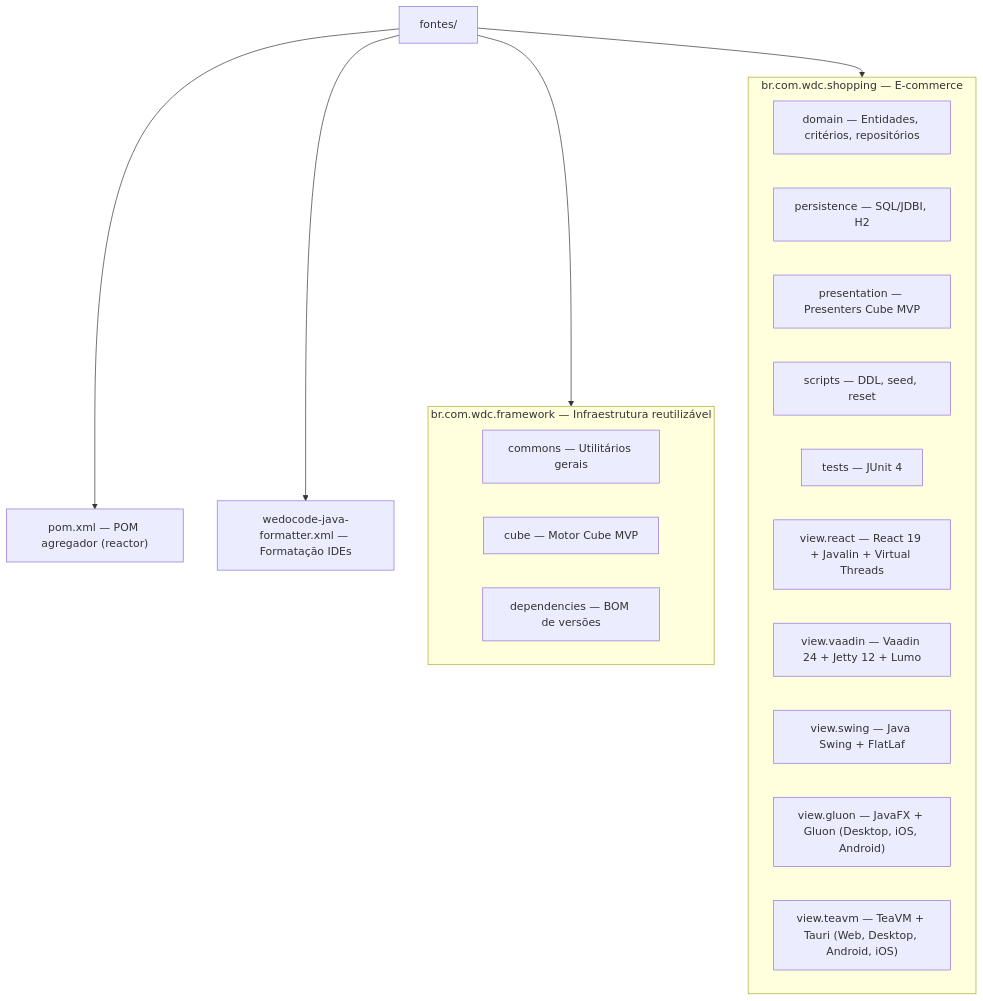
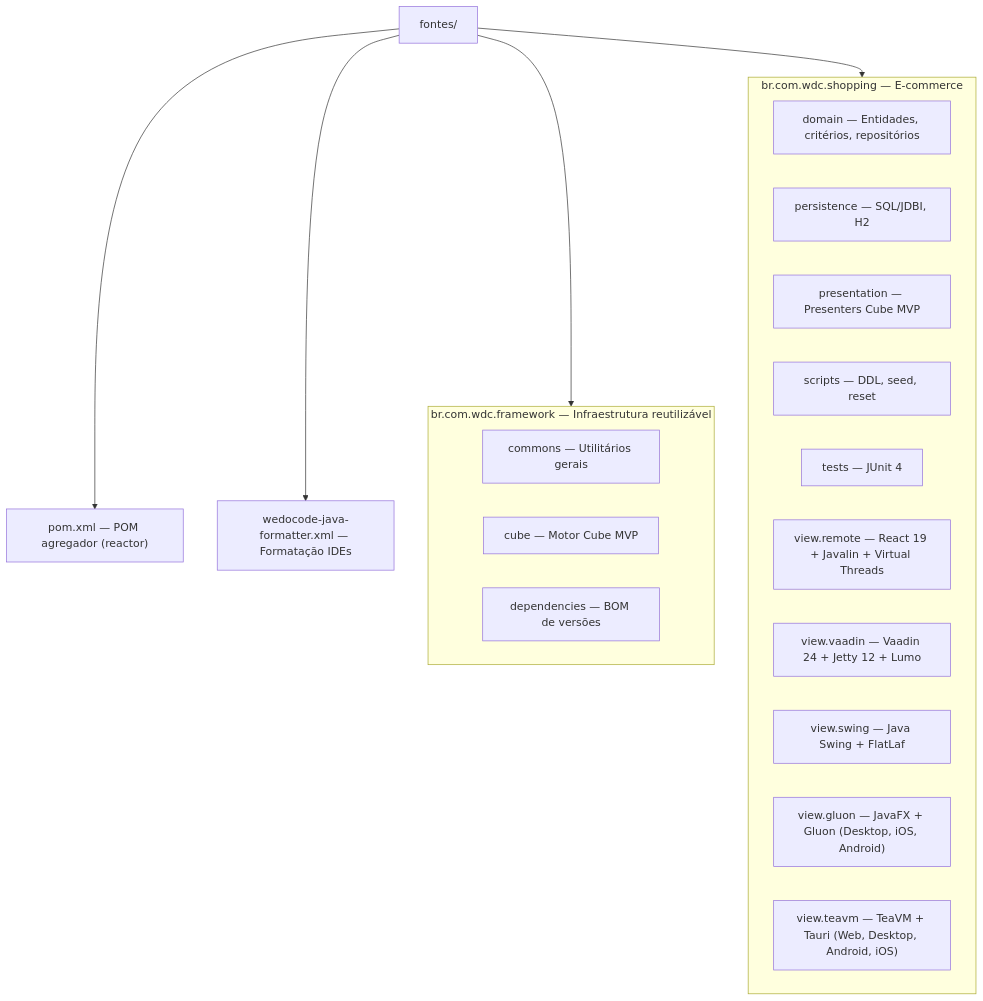
The diagram in fontes/README.md (mrcdom/wdc-cube-java-v2), drawn with Mermaid before and after one commit. The commit also changed other lines of this file and 87 other files, not shown here.

First line of the commit message:
♻️ [REFACTOR] Renomeia view.react → view.remote; react.skeleton → remote.skeleton; react.client → frontend.react

````diff
--- a/fontes/README.md
+++ b/fontes/README.md
@@ -9,30 +9,30 @@
 ```mermaid
 graph TD
     fontes["fontes/"]
     pom["pom.xml — POM agregador (reactor)"]
     formatter["wedocode-java-formatter.xml — Formatação IDEs"]
 
     subgraph Framework["br.com.wdc.framework — Infraestrutura reutilizável"]
         fwCommons["commons — Utilitários gerais"]
         fwCube["cube — Motor Cube MVP"]
         fwDeps["dependencies — BOM de versões"]
     end
 
     subgraph Shopping["br.com.wdc.shopping — E-commerce"]
         domain["domain — Entidades, critérios, repositórios"]
         persistence["persistence — SQL/JDBI, H2"]
         presentation["presentation — Presenters Cube MVP"]
         scripts["scripts — DDL, seed, reset"]
         tests["tests — JUnit 4"]
-        viewReact["view.react — React 19 + Javalin + Virtual Threads"]
+        viewReact["view.remote — React 19 + Javalin + Virtual Threads"]
         viewVaadin["view.vaadin — Vaadin 24 + Jetty 12 + Lumo"]
         viewSwing["view.swing — Java Swing + FlatLaf"]
         viewGluon["view.gluon — JavaFX + Gluon (Desktop, iOS, Android)"]
         viewTeavm["view.teavm — TeaVM + Tauri (Web, Desktop, Android, iOS)"]
     end
 
     fontes --> pom
     fontes --> formatter
     fontes --> Framework
     fontes --> Shopping
 ```
````
